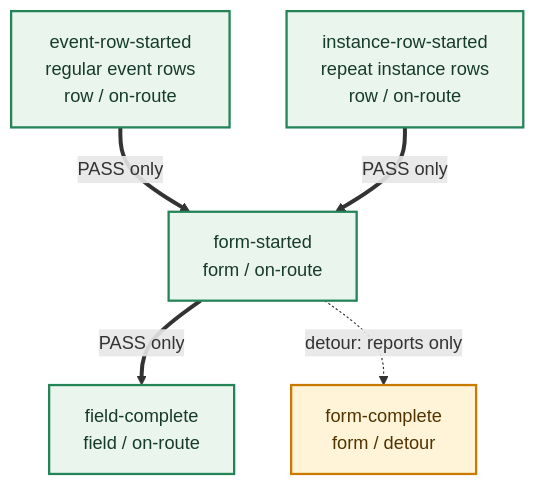
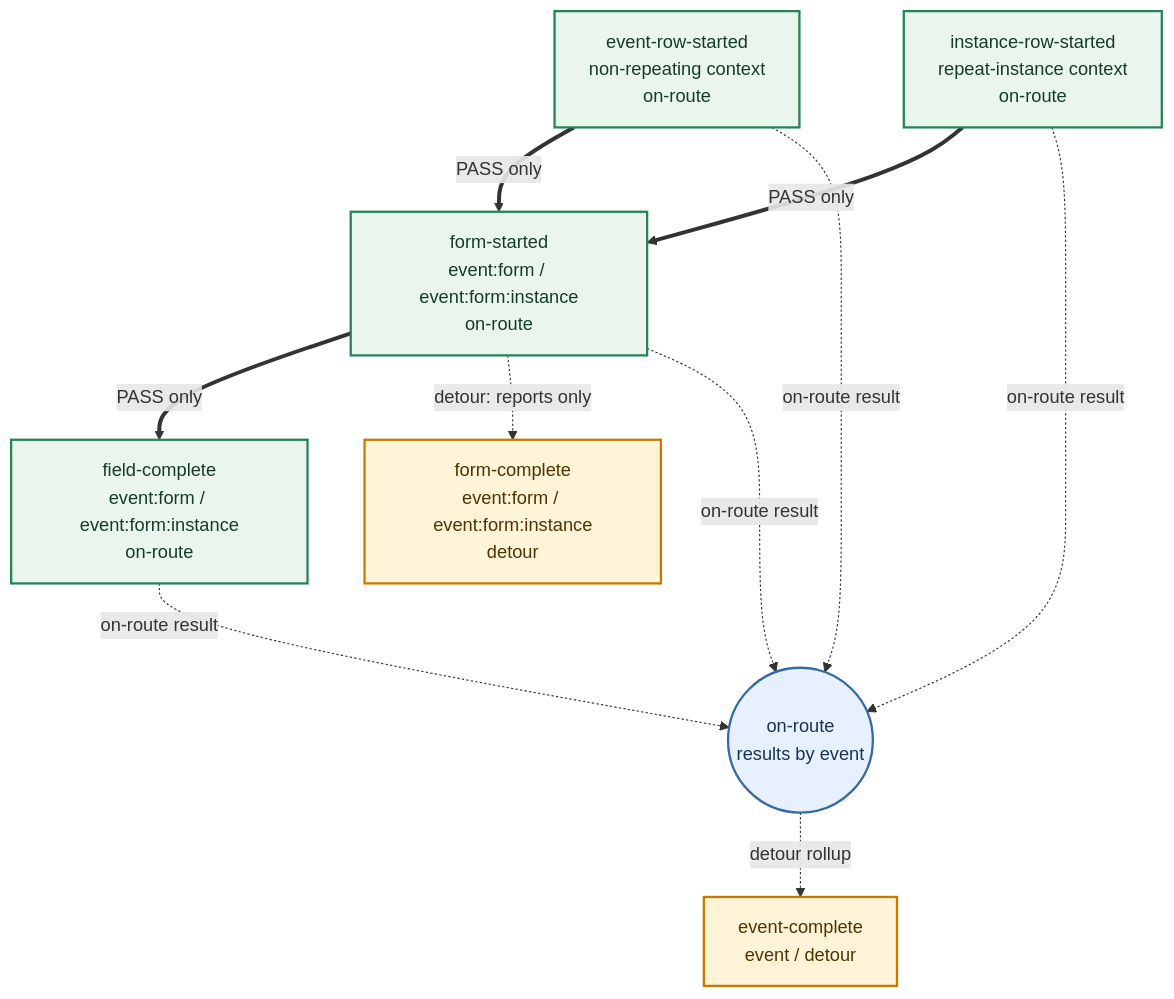
Before and after one commit to blankuzr/redcapmissing: the diagram in README.Rmd, drawn with Mermaid. The commit also changed other lines of this file and 18 other files, not shown here.

````diff
--- a/README.Rmd
+++ b/README.Rmd
@@ -61,12 +62,20 @@
 ```mermaid
 flowchart TB
-  A["event-row-started<br/>regular event rows<br/>row / on-route"] ==>|"PASS only"| C["form-started<br/>form / on-route"]
-  B["instance-row-started<br/>repeat instance rows<br/>row / on-route"] ==>|"PASS only"| C
-  C ==>|"PASS only"| E["field-complete<br/>field / on-route"]
-  C -. "detour: reports only" .-> D["form-complete<br/>form / detour"]
+  A["event-row-started<br/>non-repeating context<br/>on-route"] ==>|"PASS only"| C["form-started<br/>event:form / event:form:instance<br/>on-route"]
+  B["instance-row-started<br/>repeat-instance context<br/>on-route"] ==>|"PASS only"| C
+  C ==>|"PASS only"| E["field-complete<br/>event:form / event:form:instance<br/>on-route"]
+  C -. "detour: reports only" .-> D["form-complete<br/>event:form / event:form:instance<br/>detour"]
+
+  A -. "on-route result" .-> O(("on-route<br/>results by event"))
+  B -. "on-route result" .-> O
+  C -. "on-route result" .-> O
+  E -. "on-route result" .-> O
+  O -. "detour rollup" .-> F["event-complete<br/>event / detour"]
 
   classDef onRoute fill:#eaf5ee,stroke:#258457,color:#173b2b,stroke-width:2px;
   classDef detour fill:#fff4d7,stroke:#c77900,color:#513300,stroke-width:2px;
+  classDef rollup fill:#e7f0ff,stroke:#3569a8,color:#183353,stroke-width:2px;
   class A,B,C,E onRoute;
-  class D detour;
+  class D,F detour;
+  class O rollup;
 ```
````
